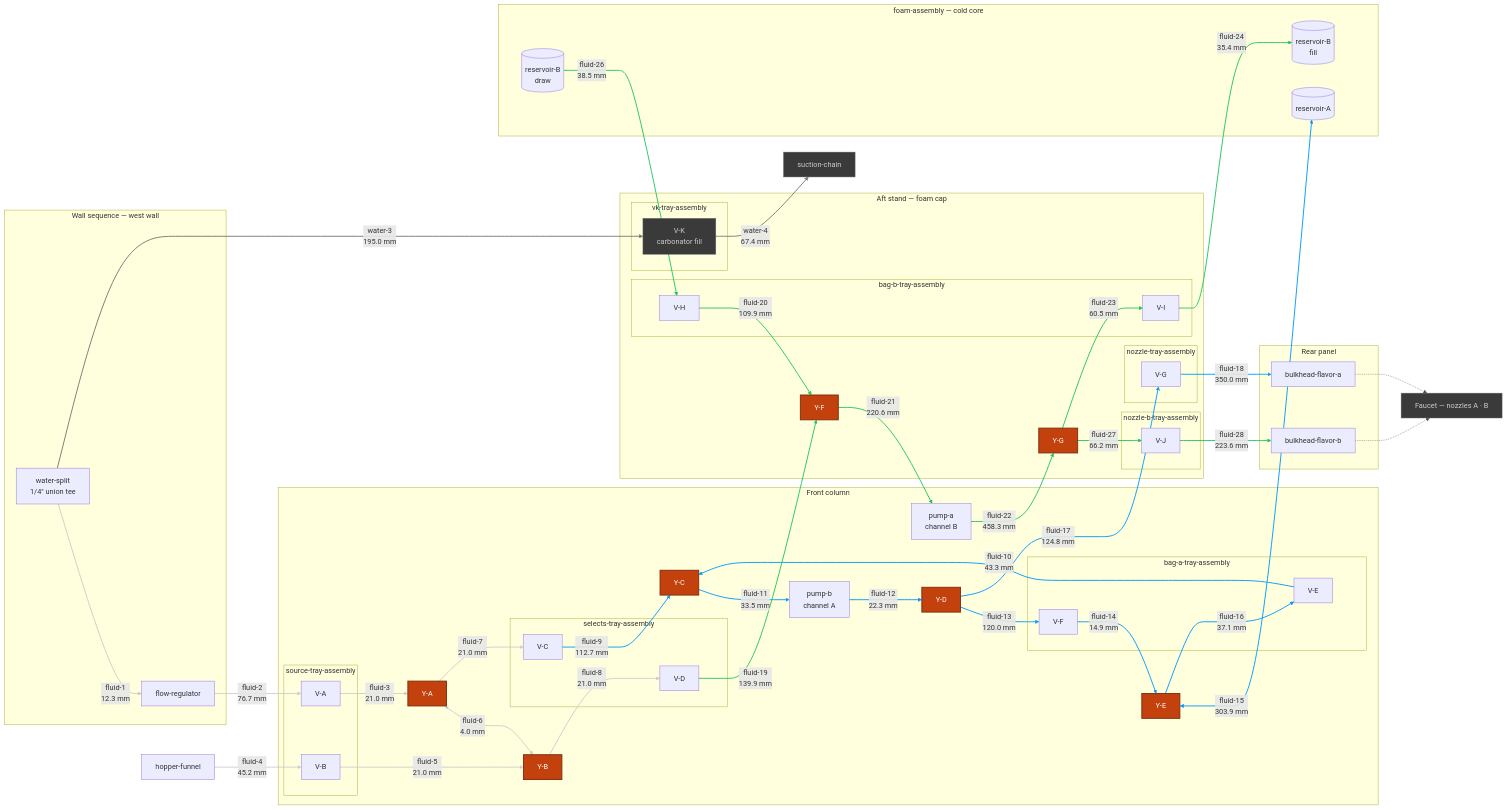
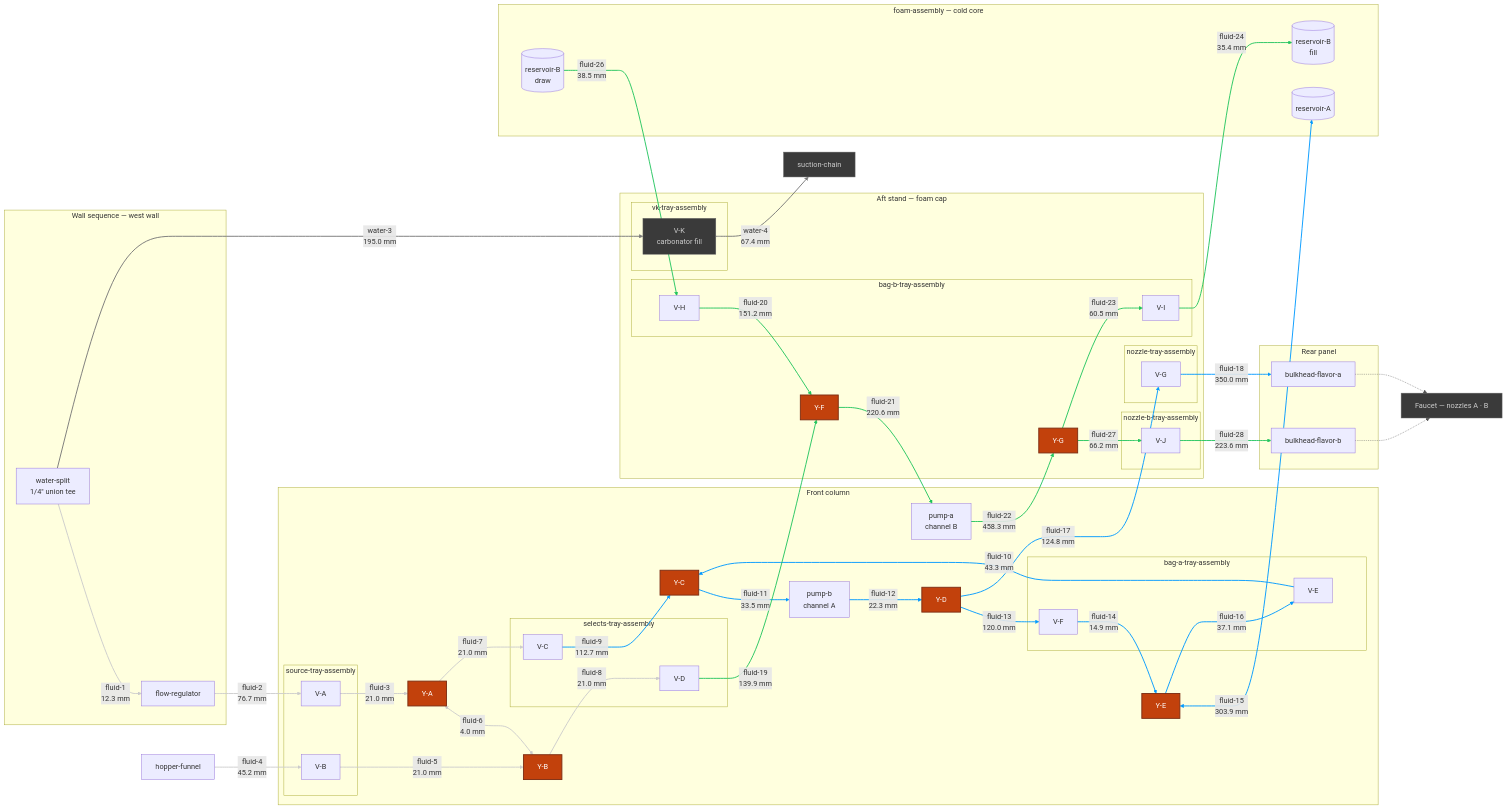
Before and after one commit to derekbreden/homesodamachine: the diagram in hardware/topology/fluid-topology-manifold.mmd, drawn with Mermaid. The commit also changed 40 other files, not shown here.

```diff
--- a/hardware/topology/fluid-topology-manifold.mmd
+++ b/hardware/topology/fluid-topology-manifold.mmd
@@ -10,8 +10,8 @@
   %% `_fluid_topology_sync.py` writes every number below and gates every edge against
   %% the built run — an edge whose two ends are not that run's two ends fails the gate.
 
-  %% The 28 flavor segments come to [2737.5 mm](FLUID_TOTAL) of 1/4" LLDPE, over
-  %% [67](FLUID_BENDS) bends. The longest is [fluid-22](LONGEST_ID) at
+  %% The 28 flavor segments come to [2778.8 mm](FLUID_TOTAL) of 1/4" LLDPE, over
+  %% [66](FLUID_BENDS) bends. The longest is [fluid-22](LONGEST_ID) at
   %% [458.3 mm](LONGEST_LEN); the shortest is [fluid-6](SHORTEST_ID) at
   %% [4.0 mm](SHORTEST_LEN).
 
@@ -168,7 +168,7 @@
   %% and up the tray-east lane — so neither owes the other any separation. It is why the
   %% two longest flavor runs in the machine are this channel's.
   VD -->|"fluid-19<br/>139.9 mm"| YF
-  VH -->|"fluid-20<br/>109.9 mm"| YF
+  VH -->|"fluid-20<br/>151.2 mm"| YF
   YF -->|"fluid-21<br/>220.6 mm"| PA
   PA -->|"fluid-22<br/>458.3 mm"| YG
   YG -->|"fluid-23<br/>60.5 mm"| VI
```
